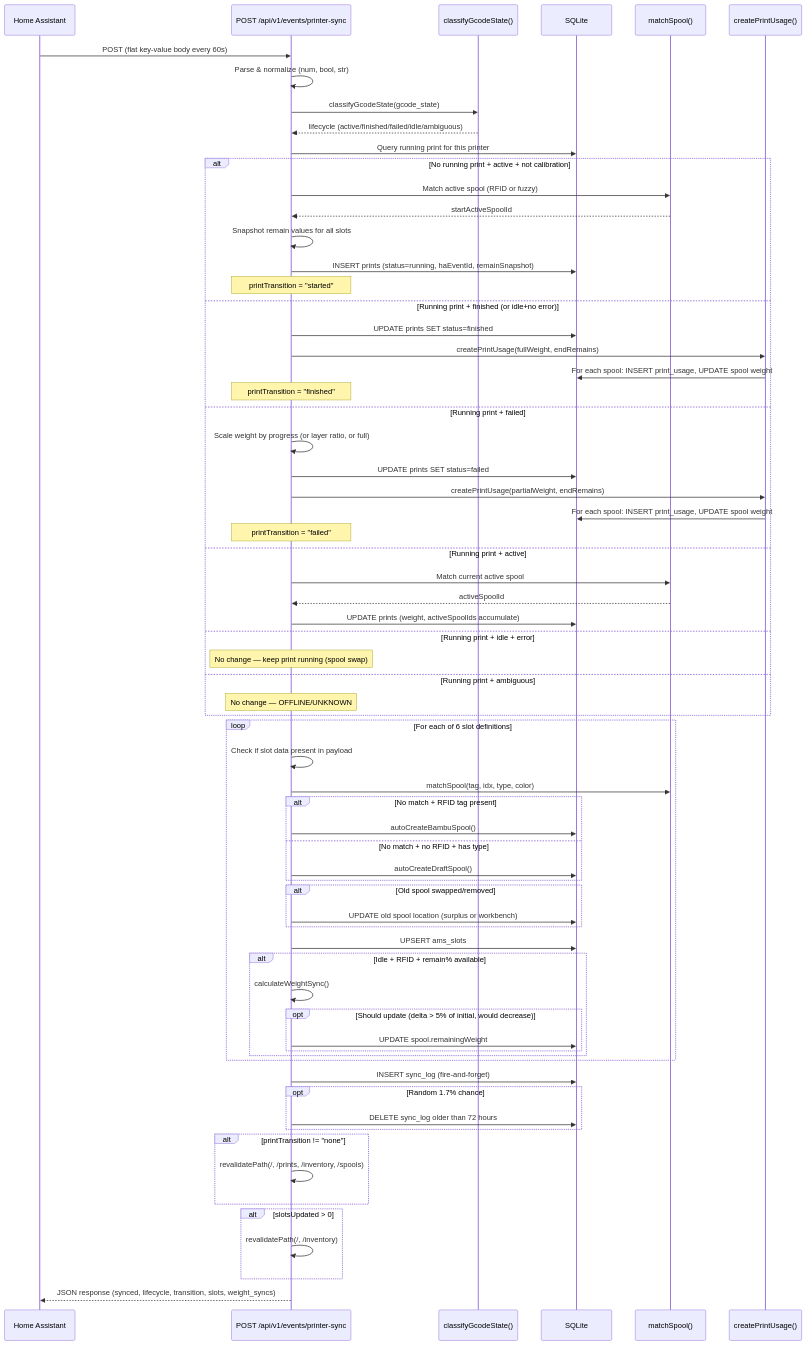
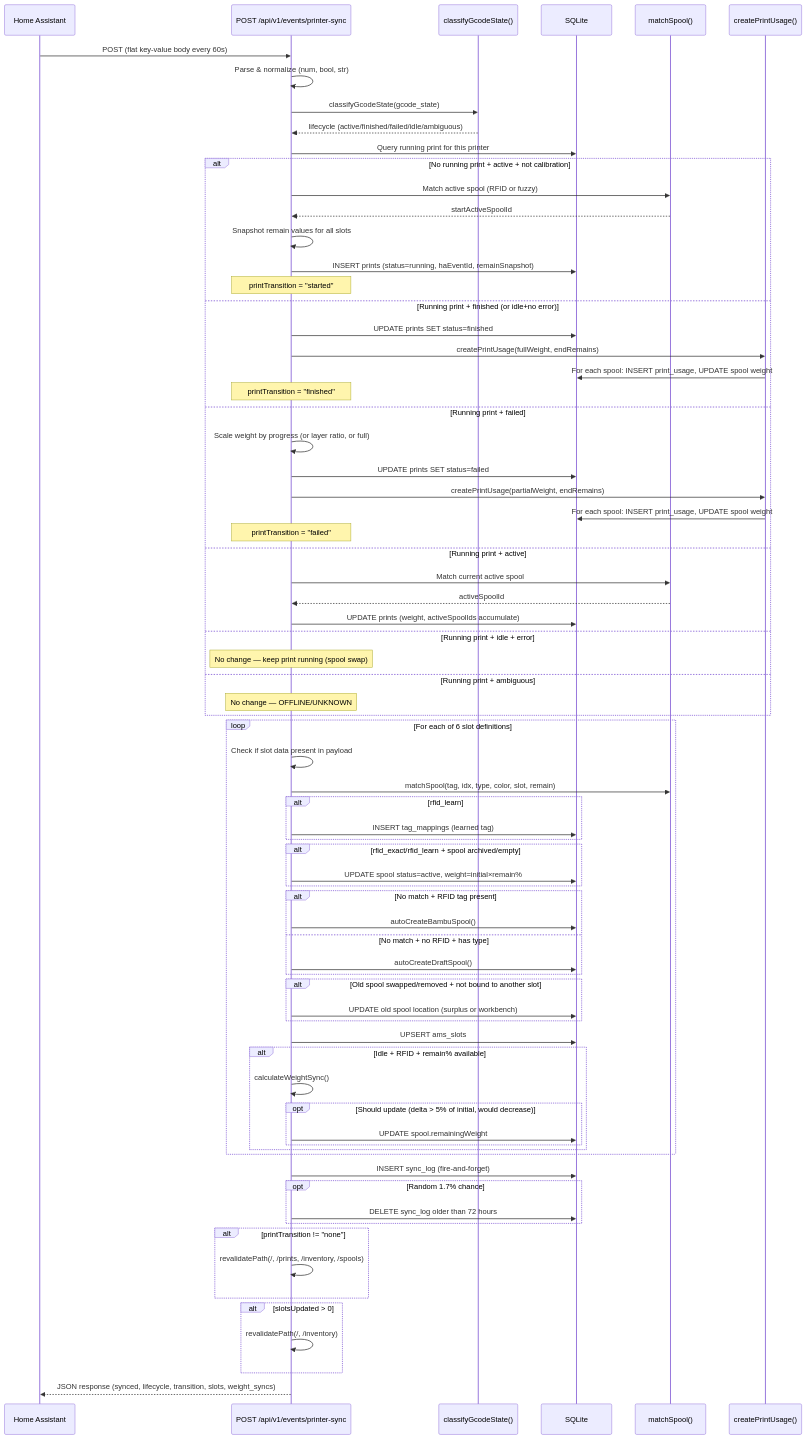
The fifth of 6 diagrams in docs/architecture/state-machine.md (kbarthei/HASpoolManager), drawn with Mermaid before and after one commit. The commit also changed other lines of this file and 12 other files, not shown here.

First line of the commit message:
fix(matching): RFID tag is authoritative — no fuzzy binding for tagged trays

```diff
--- a/docs/architecture/state-machine.md
+++ b/docs/architecture/state-machine.md
@@ -398,13 +421,19 @@
 
     loop For each of 6 slot definitions
         API->>API: Check if slot data present in payload
-        API->>Match: matchSpool(tag, idx, type, color)
+        API->>Match: matchSpool(tag, idx, type, color, slot, remain)
+        alt rfid_learn
+            API->>DB: INSERT tag_mappings (learned tag)
+        end
+        alt rfid_exact/rfid_learn + spool archived/empty
+            API->>DB: UPDATE spool status=active, weight=initial×remain%
+        end
         alt No match + RFID tag present
             API->>DB: autoCreateBambuSpool()
         else No match + no RFID + has type
             API->>DB: autoCreateDraftSpool()
         end
-        alt Old spool swapped/removed
+        alt Old spool swapped/removed + not bound to another slot
             API->>DB: UPDATE old spool location (surplus or workbench)
         end
         API->>DB: UPSERT ams_slots
```
